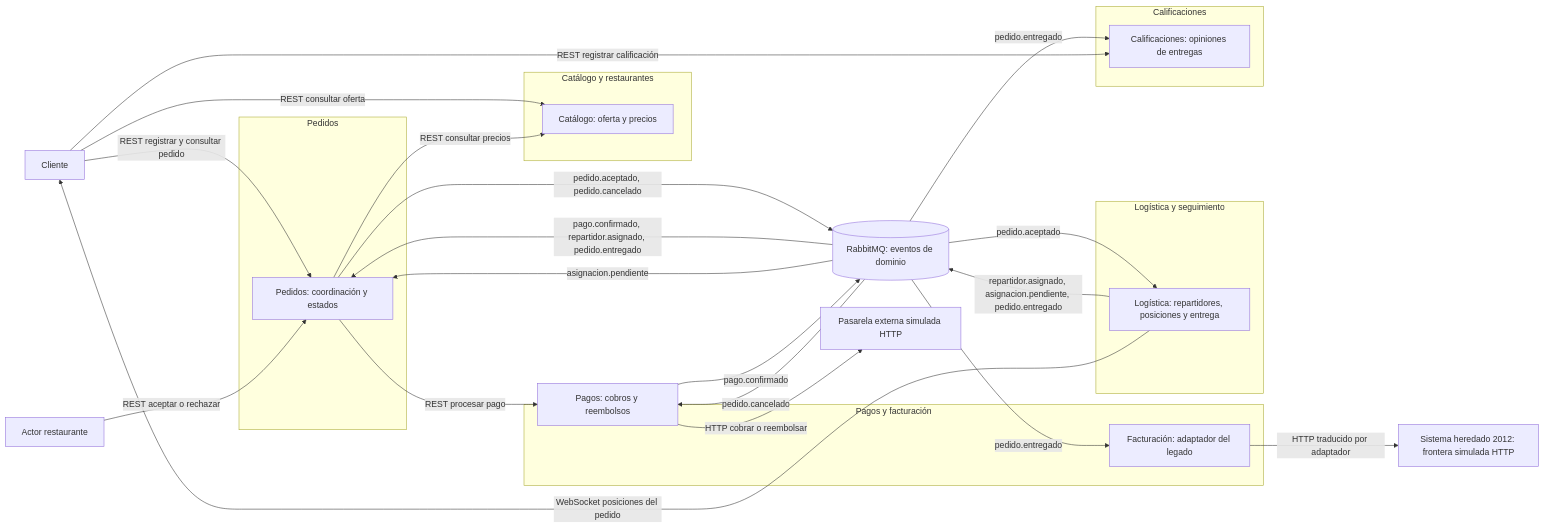
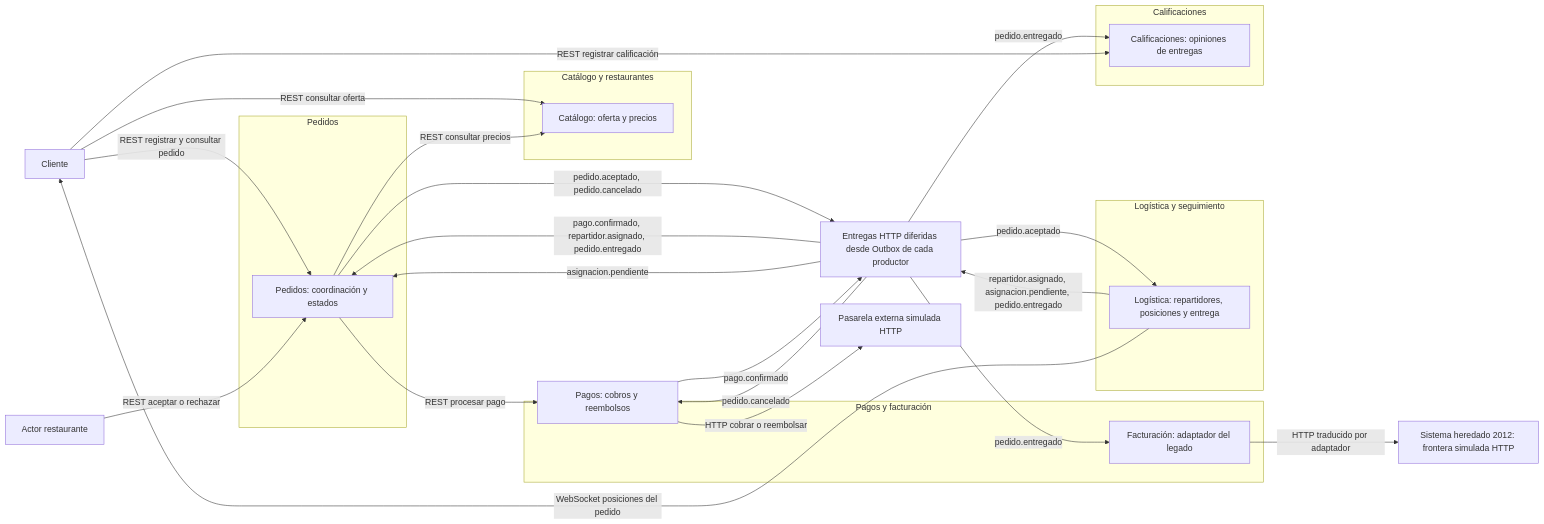
One commit to mafercova/RapiEntrega changed the diagram in documentacion/dominios/diagrama-dominios.mmd. Above: the diagram before and after it, drawn with Mermaid. The commit also changed 77 other files, not shown here.

Commit message:
refactor: ejecucion local y eventos HTTP sin infraestructura adicional

```diff
--- a/documentacion/dominios/diagrama-dominios.mmd
+++ b/documentacion/dominios/diagrama-dominios.mmd
@@ -1,40 +1,40 @@
 flowchart LR
  cliente[Cliente]
  restaurante[Actor restaurante]
  subgraph D1[Catálogo y restaurantes]
   C[Catálogo: oferta y precios]
  end
  subgraph D2[Pedidos]
   P[Pedidos: coordinación y estados]
  end
  subgraph D3[Pagos y facturación]
   A[Pagos: cobros y reembolsos]
   F[Facturación: adaptador del legado]
  end
  subgraph D4[Logística y seguimiento]
   L[Logística: repartidores, posiciones y entrega]
  end
  subgraph D5[Calificaciones]
   K[Calificaciones: opiniones de entregas]
  end
- Q[(RabbitMQ: eventos de dominio)]
+ Q[Entregas HTTP diferidas desde Outbox de cada productor]
  M[Pasarela externa simulada HTTP]
  H[Sistema heredado 2012: frontera simulada HTTP]
  cliente -->|REST consultar oferta| C
  cliente -->|REST registrar y consultar pedido| P
  restaurante -->|REST aceptar o rechazar| P
  P -->|REST consultar precios| C
  P -->|REST procesar pago| A
  A -->|HTTP cobrar o reembolsar| M
  A -->|pago.confirmado| Q
  Q -->|pago.confirmado, repartidor.asignado, pedido.entregado| P
  P -->|pedido.aceptado, pedido.cancelado| Q
  Q -->|pedido.cancelado| A
  Q -->|pedido.aceptado| L
  L -->|repartidor.asignado, asignacion.pendiente, pedido.entregado| Q
  Q -->|asignacion.pendiente| P
  Q -->|pedido.entregado| F
  Q -->|pedido.entregado| K
  F -->|HTTP traducido por adaptador| H
  cliente -->|REST registrar calificación| K
  L -->|WebSocket posiciones del pedido| cliente
```
